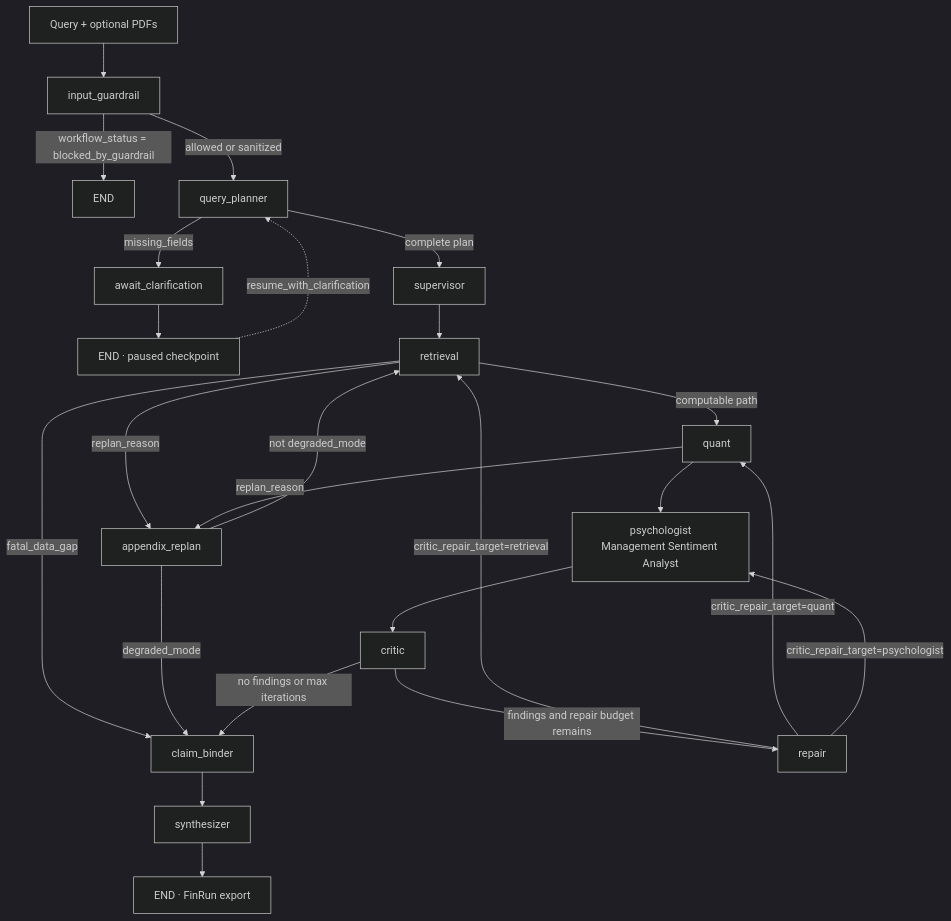
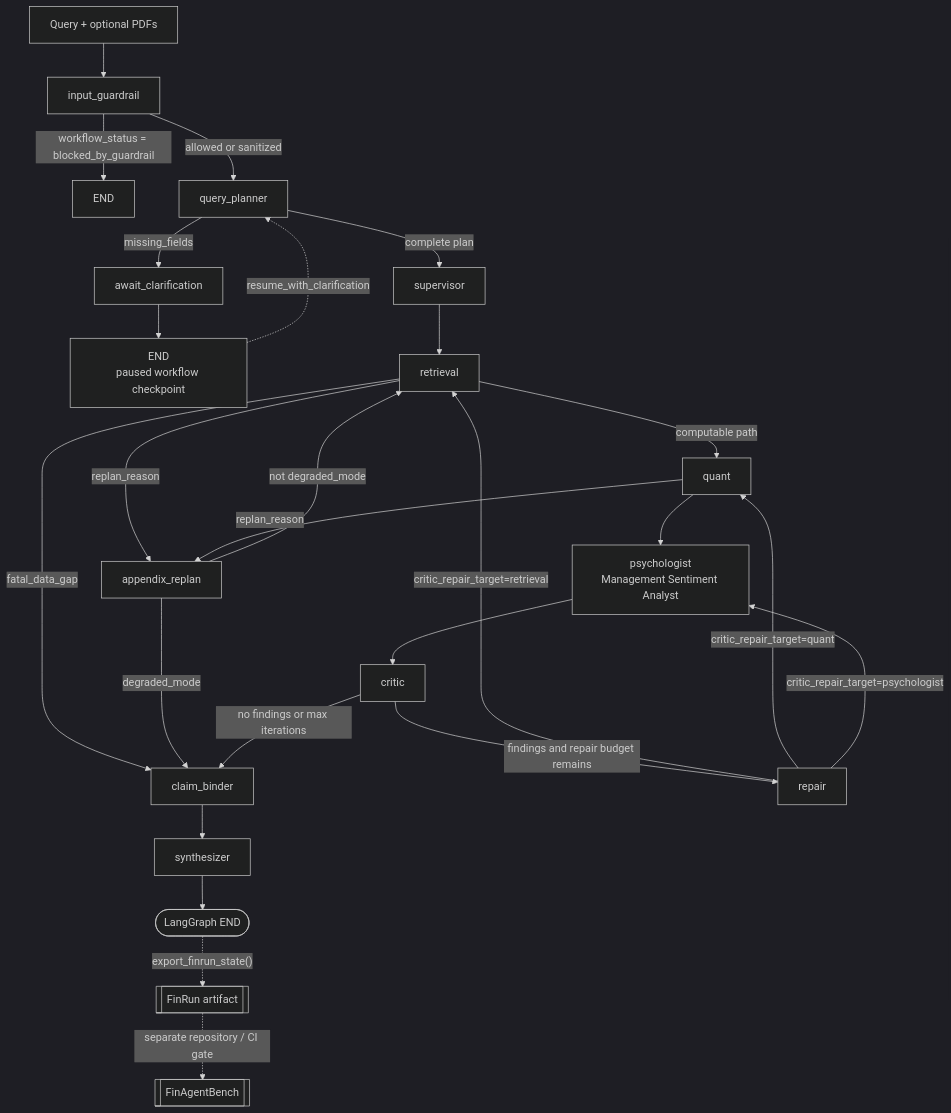
Before and after one commit to majiali423/lumenfin-agent: the first of 2 diagrams in docs/FINAL_ARCHITECTURE.md, drawn with Mermaid (dark theme). The commit also changed other lines of this file and 4 other files, not shown here.

````diff
--- a/docs/FINAL_ARCHITECTURE.md
+++ b/docs/FINAL_ARCHITECTURE.md
@@ -115,35 +121,38 @@
 ```mermaid
 flowchart TD
     IN["Query + optional PDFs"] --> IG["input_guardrail"]
 
     IG -->|workflow_status = blocked_by_guardrail| BLOCK["END"]
     IG -->|allowed or sanitized| QP["query_planner"]
 
     QP -->|missing_fields| HITL["await_clarification"]
-    HITL --> PAUSE["END · paused checkpoint"]
+    HITL --> PAUSE["END<br/>paused workflow checkpoint"]
     PAUSE -. "resume_with_clarification" .-> QP
 
     QP -->|complete plan| SUP["supervisor"]
     SUP --> RET["retrieval"]
 
     RET -->|fatal_data_gap| CB["claim_binder"]
     RET -->|replan_reason| AR["appendix_replan"]
     AR -->|not degraded_mode| RET
     AR -->|degraded_mode| CB
 
     RET -->|computable path| QA["quant"]
     QA -->|replan_reason| AR
     QA --> SENT["psychologist<br/>Management Sentiment Analyst"]
 
     SENT --> CR["critic"]
 
     CR -->|findings and repair budget remains| REP["repair"]
     REP -->|critic_repair_target=retrieval| RET
     REP -->|critic_repair_target=quant| QA
     REP -->|critic_repair_target=psychologist| SENT
 
     CR -->|no findings or max iterations| CB
 
     CB --> SYN["synthesizer"]
-    SYN --> OUT["END · FinRun export"]
+    SYN --> GEND(["LangGraph END"])
+
+    GEND -. "export_finrun_state()" .-> FR[["FinRun artifact"]]
+    FR -. "separate repository / CI gate" .-> FAB[["FinAgentBench"]]
 ```
````
